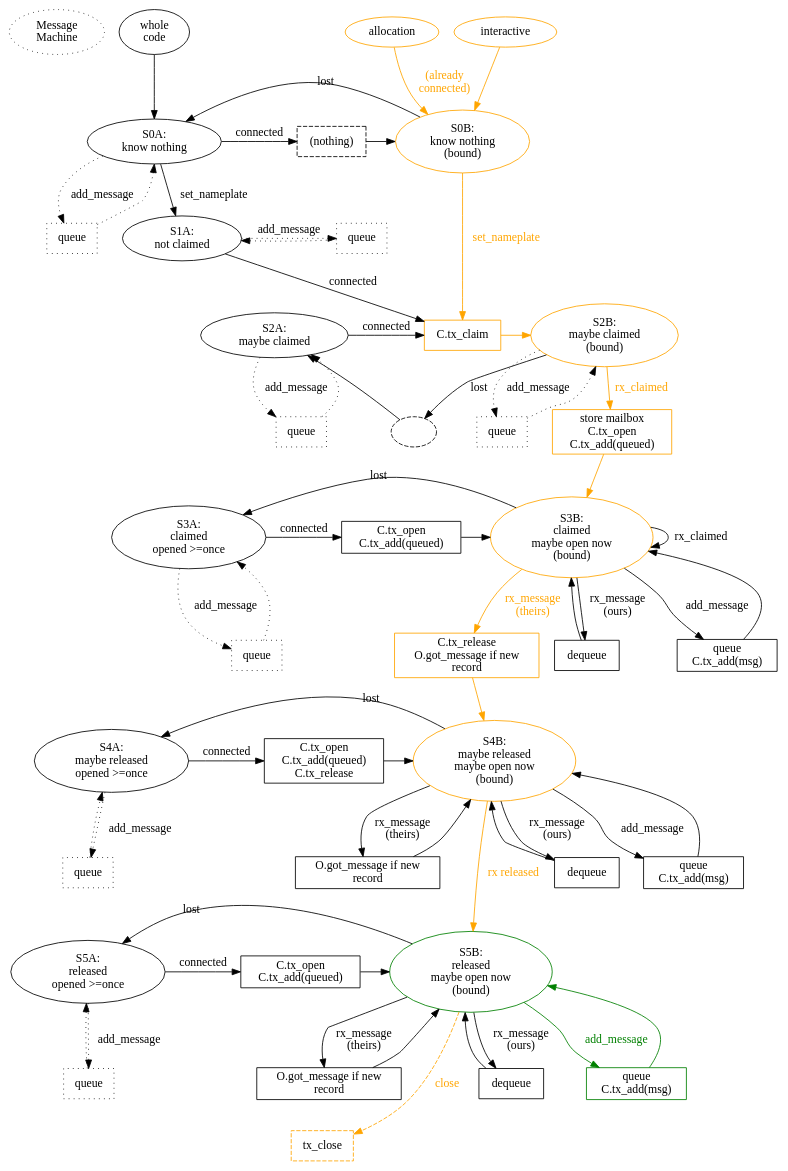
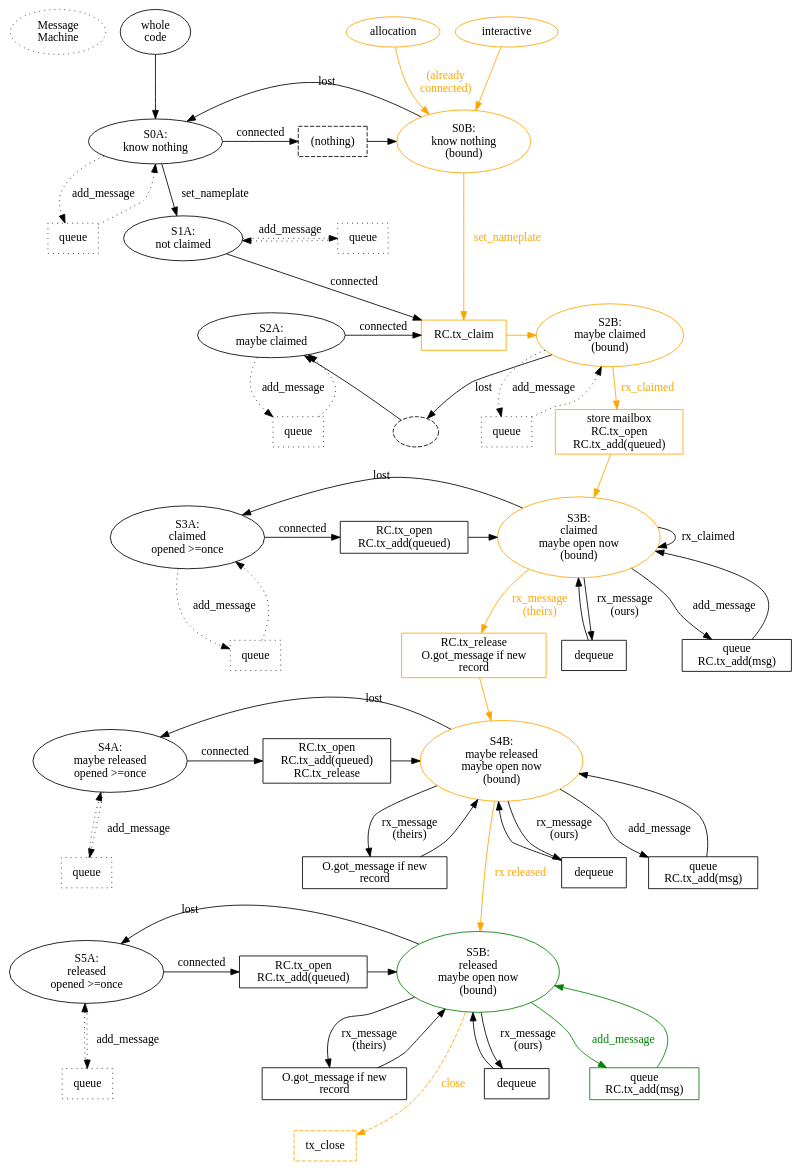
One commit to magic-wormhole/magic-wormhole changed the diagram in docs/mailbox.dot. Above: the diagram before and after it, drawn with Graphviz. The commit also changed 3 other files, not shown here.

```diff
--- a/docs/mailbox.dot
+++ b/docs/mailbox.dot
@@ -1,158 +1,158 @@
 digraph {
         /* new idea */
 
         {rank=same; title entry_whole_code entry_allocation entry_interactive}
         entry_whole_code [label="whole\ncode"]
         entry_whole_code -> S0A
         title [label="Message\nMachine" style="dotted"]
 
         entry_allocation [label="allocation" color="orange"]
         entry_allocation -> S0B [label="(already\nconnected)"
                                      color="orange" fontcolor="orange"]
         entry_interactive [label="interactive" color="orange"]
         entry_interactive -> S0B [color="orange"]
 
         {rank=same; S0A P0_connected S0B}
         S0A [label="S0A:\nknow nothing"]
         S0B [label="S0B:\nknow nothing\n(bound)" color="orange"]
         S0A -> P0_connected [label="connected"]
         P0_connected [label="(nothing)" shape="box" style="dashed"]
         P0_connected -> S0B
         S0B -> S0A [label="lost"]
 
         S0A -> S1A [label="set_nameplate"]
         S0B -> P2_connected [label="set_nameplate" color="orange" fontcolor="orange"]
         P0A_queue [shape="box" label="queue" style="dotted"]
         S0A -> P0A_queue [label="add_message" style="dotted"]
         P0A_queue -> S0A [style="dotted"]
 
         {rank=same; S1A P1A_queue}
         S1A [label="S1A:\nnot claimed"]
         S1A -> P2_connected [label="connected"]
         S1A -> P1A_queue [label="add_message" style="dotted"]
         P1A_queue [shape="box" label="queue" style="dotted"]
         P1A_queue -> S1A [style="dotted"]
 
         {rank=same; S2A P2_connected S2B}
         S2A [label="S2A:\nmaybe claimed"]
         S2A -> P2_connected [label="connected"]
-        P2_connected [shape="box" label="C.tx_claim" color="orange"]
+        P2_connected [shape="box" label="RC.tx_claim" color="orange"]
         P2_connected -> S2B [color="orange"]
         S2B [label="S2B:\nmaybe claimed\n(bound)" color="orange"]
         #S2B -> SrB [label="close()" style="dashed"]
         #SrB [label="SrB" style="dashed"]
         #S2A -> SrA [label="close()" style="dashed"]
         #SrA [label="SrA" style="dashed"]
 
         #S2B -> S2A [label="lost"] # causes bad layout
         S2B -> foo [label="lost"]
         foo [label="" style="dashed"]
         foo -> S2A
 
         S2A -> P2C_queue [label="add_message" style="dotted"]
         P2C_queue [shape="box" label="queue" style="dotted"]
         P2C_queue -> S2A [style="dotted"]
         S2B -> P2B_queue [label="add_message" style="dotted"]
         P2B_queue [shape="box" label="queue" style="dotted"]
         P2B_queue -> S2B [style="dotted"]
 
         S1A -> S3A [label="(none)" style="invis"]
         S2B -> P_open [label="rx_claimed" color="orange" fontcolor="orange"]
-        P_open [shape="box" label="store mailbox\nC.tx_open\nC.tx_add(queued)" color="orange"]
+        P_open [shape="box" label="store mailbox\nRC.tx_open\nRC.tx_add(queued)" color="orange"]
         P_open -> S3B [color="orange"]
 
         subgraph {rank=same; S3A S3B P3_connected}
         S3A [label="S3A:\nclaimed\nopened >=once"]
         S3B [label="S3B:\nclaimed\nmaybe open now\n(bound)" color="orange"]
         S3A -> P3_connected [label="connected"]
         S3B -> S3A [label="lost"]
 
-        P3_connected [shape="box" label="C.tx_open\nC.tx_add(queued)"]
+        P3_connected [shape="box" label="RC.tx_open\nRC.tx_add(queued)"]
         P3_connected -> S3B
 
         S3A -> P3_queue [label="add_message" style="dotted"]
         P3_queue [shape="box" label="queue" style="dotted"]
         P3_queue -> S3A [style="dotted"]
 
         S3B -> S3B [label="rx_claimed"]
 
         S3B -> P3_send [label="add_message"]
-        P3_send [shape="box" label="queue\nC.tx_add(msg)"]
+        P3_send [shape="box" label="queue\nRC.tx_add(msg)"]
         P3_send -> S3B
 
         S3A -> S4A [label="(none)" style="invis"]
         S3B -> P3_process_ours [label="rx_message\n(ours)"]
         P3_process_ours [shape="box" label="dequeue"]
         P3_process_ours -> S3B
         S3B -> P3_process_theirs [label="rx_message\n(theirs)"
                                       color="orange" fontcolor="orange"]
         P3_process_theirs [shape="box" color="orange"
-                           label="C.tx_release\nO.got_message if new\nrecord"
+                           label="RC.tx_release\nO.got_message if new\nrecord"
                            ]
         /* pay attention to the race here: this process_message() will
         deliver msg_pake to the WormholeMachine, which will compute_key() and
         send(version), and we're in between S1A (where send gets
         queued) and S3A (where send gets sent and queued), and we're no
         longer passing through the P3_connected phase (which drains the queue).
         So there's a real possibility of the outbound msg_version getting
         dropped on the floor, or put in a queue but never delivered. */
         P3_process_theirs -> S4B [color="orange"]
 
         subgraph {rank=same; S4A P4_connected S4B}
         S4A [label="S4A:\nmaybe released\nopened >=once\n"]
 
         S4B [label="S4B:\nmaybe released\nmaybe open now\n(bound)" color="orange"]
         S4A -> P4_connected [label="connected"]
-        P4_connected [shape="box" label="C.tx_open\nC.tx_add(queued)\nC.tx_release"]
+        P4_connected [shape="box" label="RC.tx_open\nRC.tx_add(queued)\nRC.tx_release"]
         S4B -> P4_send [label="add_message"]
-        P4_send [shape="box" label="queue\nC.tx_add(msg)"]
+        P4_send [shape="box" label="queue\nRC.tx_add(msg)"]
         P4_send -> S4B
         S4A -> P4_queue [label="add_message" style="dotted"]
         P4_queue [shape="box" label="queue" style="dotted"]
         P4_queue -> S4A [style="dotted"]
 
         P4_connected -> S4B
         S4B -> S4A [label="lost"]
         S4B -> P4_process_ours [label="rx_message\n(ours)"]
         P4_process_ours [shape="box" label="dequeue"]
         P4_process_ours -> S4B
         S4B -> P4_process_theirs [label="rx_message\n(theirs)"]
         P4_process_theirs [shape="box" label="O.got_message if new\nrecord"]
         P4_process_theirs -> S4B
 
         S4A -> S5A [label="(none)" style="invis"]
         S4B -> S5B [label="rx released" color="orange" fontcolor="orange"]
 
         P4_queue -> S5A [style="invis"]
         subgraph {S5A P5_connected S5B}
         {rank=same; S5A P5_connected S5B}
 
         S5A [label="S5A:\nreleased\nopened >=once"]
         S5A -> P5_connected [label="connected"]
-        P5_connected [shape="box" label="C.tx_open\nC.tx_add(queued)"]
+        P5_connected [shape="box" label="RC.tx_open\nRC.tx_add(queued)"]
 
         S5B -> P5_send [label="add_message" color="green" fontcolor="green"]
-        P5_send [shape="box" label="queue\nC.tx_add(msg)" color="green"]
+        P5_send [shape="box" label="queue\nRC.tx_add(msg)" color="green"]
         P5_send -> S5B [color="green"]
         S5A -> P5_queue [label="add_message" style="dotted"]
         P5_queue [shape="box" label="queue" style="dotted"]
         P5_queue -> S5A [style="dotted"]
 
         P5_connected -> S5B
         S5B [label="S5B:\nreleased\nmaybe open now\n(bound)" color="green"]
         S5B -> S5A [label="lost"]
 
         S5B -> P5_process_ours [label="rx_message\n(ours)"]
         P5_process_ours [shape="box" label="dequeue"]
         P5_process_ours -> S5B
         S5B -> P5_process_theirs [label="rx_message\n(theirs)"]
         P5_process_theirs [shape="box" label="O.got_message if new\nrecord"]
         P5_process_theirs -> S5B
 
         foo5 [label="" style="invis"]
         S5A -> foo5 [style="invis"]
         foo5 -> P5_close [style="invis"]
         S5B -> P5_close [label="close" style="dashed" color="orange" fontcolor="orange"]
         P5_close [shape="box" label="tx_close" style="dashed" color="orange"]
 
 }
```
